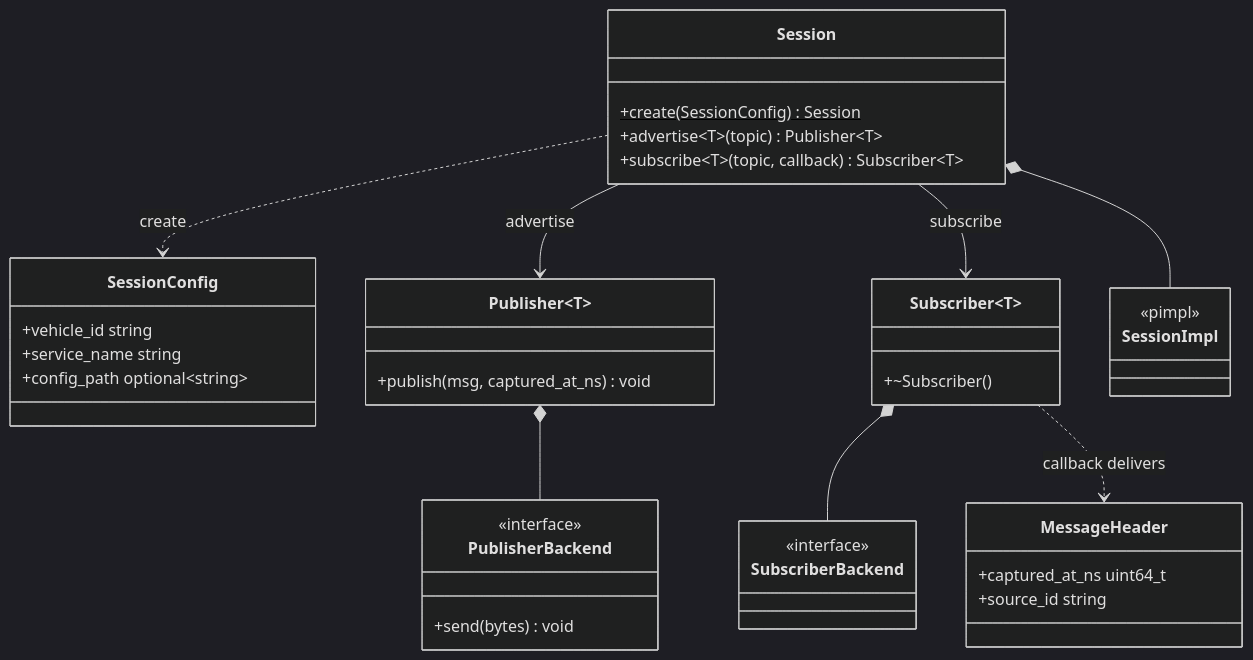
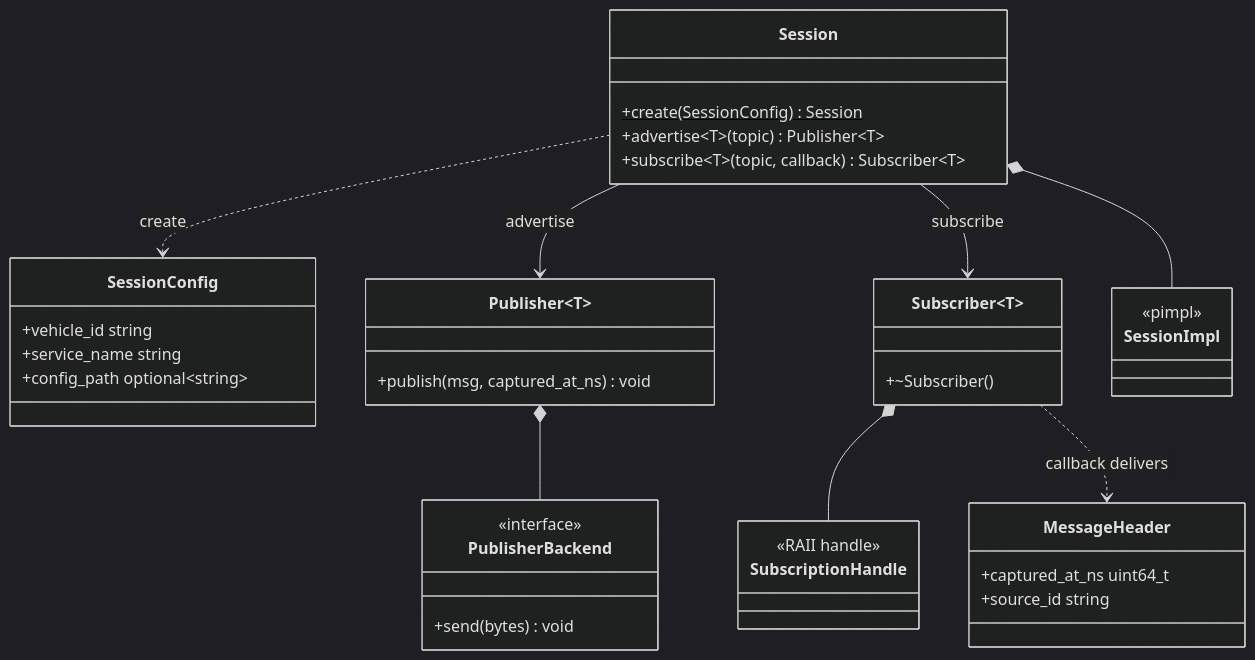
The first of 3 diagrams in docs/libs/orion-transport.md (Unmanned-Constellation/orion), drawn with Mermaid (dark theme) before and after one commit. The commit also changed other lines of this file and 8 other files, not shown here.

First line of the commit message:
refactor(transport): rename SubscriberBackend to SubscriptionHandle

````diff
--- a/docs/libs/orion-transport.md
+++ b/docs/libs/orion-transport.md
@@ -9,40 +9,40 @@
 ```{mermaid}
 classDiagram
     class SessionConfig {
         +vehicle_id string
         +service_name string
         +config_path optional~string~
     }
     class Session {
         +create(SessionConfig) Session$
         +advertise~T~(topic) Publisher~T~
         +subscribe~T~(topic, callback) Subscriber~T~
     }
     class Publisher~T~ {
         +publish(msg, captured_at_ns) void
     }
     class Subscriber~T~ {
         +~Subscriber()
     }
     class MessageHeader {
         +captured_at_ns uint64_t
         +source_id string
     }
     class PublisherBackend {
         <<interface>>
         +send(bytes) void
     }
-    class SubscriberBackend {
-        <<interface>>
+    class SubscriptionHandle {
+        <<RAII handle>>
     }
     class SessionImpl {
         <<pimpl>>
     }
     Session ..> SessionConfig : create
     Session --> Publisher~T~ : advertise
     Session --> Subscriber~T~ : subscribe
     Session *-- SessionImpl
     Publisher~T~ *-- PublisherBackend
-    Subscriber~T~ *-- SubscriberBackend
+    Subscriber~T~ *-- SubscriptionHandle
     Subscriber~T~ ..> MessageHeader : callback delivers
 ```
````
